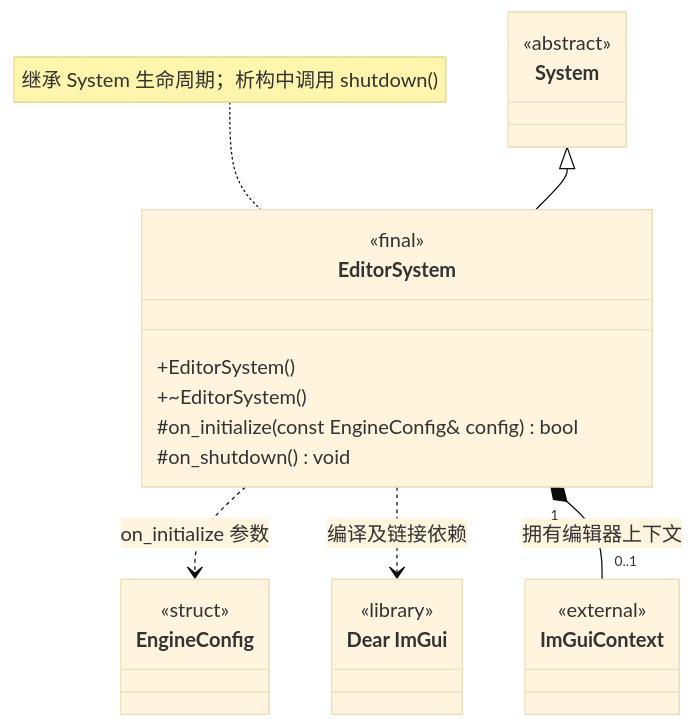
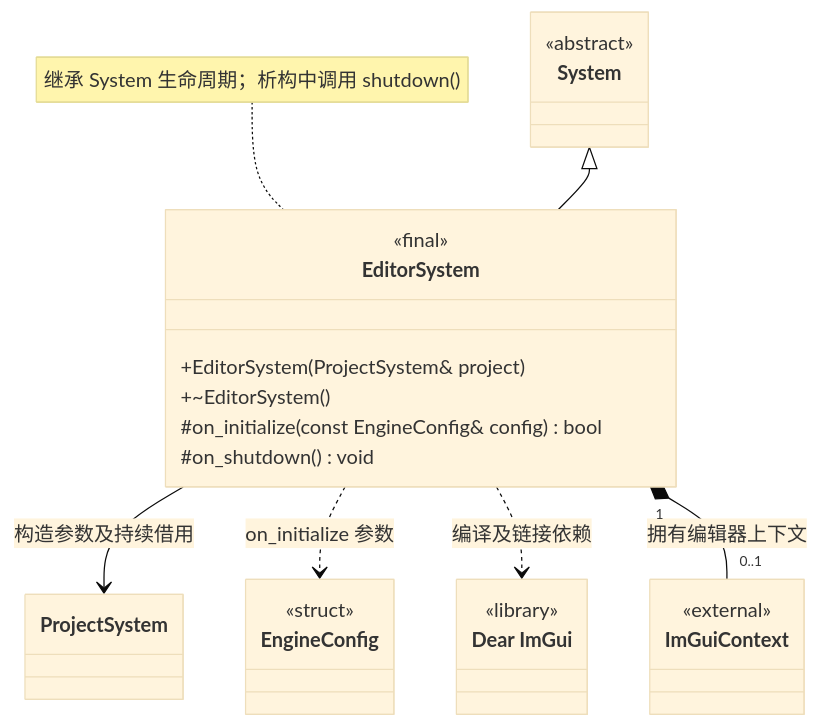
Before and after one commit to lcals/Engine: the diagram in docs/class-diagrams/editor-system.md, drawn with Mermaid (base theme). The commit also changed other lines of this file and 63 other files, not shown here.

````diff
--- a/docs/class-diagrams/editor-system.md
+++ b/docs/class-diagrams/editor-system.md
@@ -7,28 +7,30 @@
 ```mermaid
 classDiagram
     direction TB
     class EditorSystem {
         <<final>>
-        +EditorSystem()
+        +EditorSystem(ProjectSystem& project)
         +~EditorSystem()
         #on_initialize(const EngineConfig& config) bool
         #on_shutdown() void
     }
     class System {
         <<abstract>>
     }
     class EngineConfig {
         <<struct>>
     }
+    class ProjectSystem
     class DearImGui["Dear ImGui"] {
         <<library>>
     }
     class ImGuiContext {
         <<external>>
     }
     System <|-- EditorSystem
+    EditorSystem --> ProjectSystem : 构造参数及持续借用
     EditorSystem ..> EngineConfig : on_initialize 参数
     EditorSystem ..> DearImGui : 编译及链接依赖
     EditorSystem "1" *-- "0..1" ImGuiContext : 拥有编辑器上下文
     note for EditorSystem "继承 System 生命周期；析构中调用 shutdown()"
 ```
````
